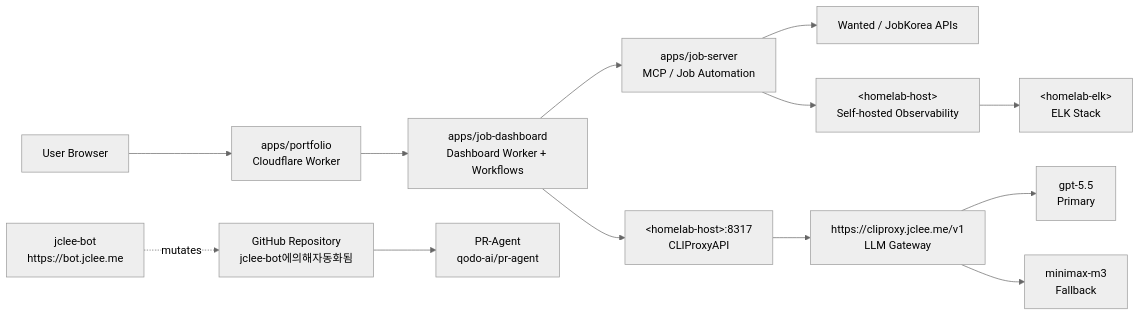
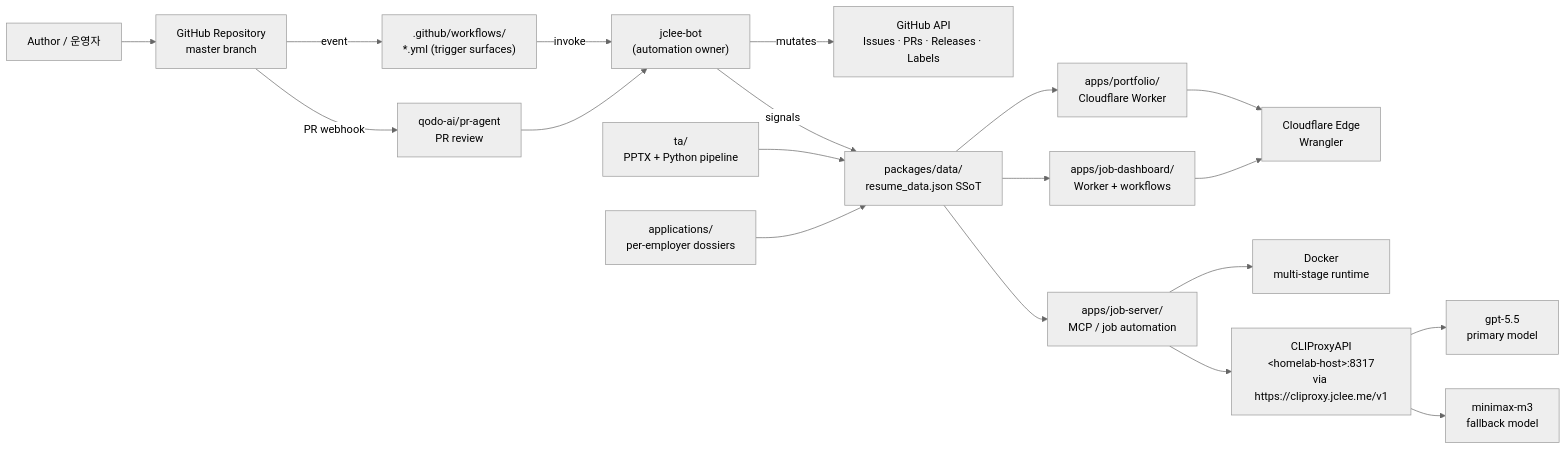
One commit to jclee941/resume changed the diagram in README.md. Above: the diagram before and after it, drawn with Mermaid (neutral theme). The commit also changed other lines of this file, not shown here.

````diff
--- a/README.md
+++ b/README.md
@@ -91,15 +92,21 @@
 ```mermaid
 flowchart LR
-  Browser["User Browser"] --> Edge["apps/portfolio<br/>Cloudflare Worker"]
-  Edge --> Dashboard["apps/job-dashboard<br/>Dashboard Worker + Workflows"]
-  Dashboard --> JobServer["apps/job-server<br/>MCP / Job Automation"]
-  JobServer --> ATS["Wanted / JobKorea APIs"]
-  Dashboard --> CLIProxy["&lt;homelab-host&gt;:8317<br/>CLIProxyAPI"]
-  CLIProxy --> Gateway["https://cliproxy.jclee.me/v1<br/>LLM Gateway"]
-  Gateway --> GPT["gpt-5.5<br/>Primary"]
-  Gateway --> Mini["minimax-m3<br/>Fallback"]
-  JobServer --> Observ["&lt;homelab-host&gt;<br/>Self-hosted Observability"]
-  Observ --> ELK["&lt;homelab-elk&gt;<br/>ELK Stack"]
-  Bot["jclee-bot<br/>https://bot.jclee.me"] -. mutates .-> Repo["GitHub Repository<br/>jclee-bot에의해자동화됨"]
-  Repo --> PR["PR-Agent<br/>qodo-ai/pr-agent"]
+    Author["Author / 운영자"] --> Repo["GitHub Repository<br/>master branch"]
+    Repo -->|event| Triggers[".github/workflows/<br/>*.yml (trigger surfaces)"]
+    Triggers -->|invoke| Bot["jclee-bot<br/>(automation owner)"]
+    Bot -->|mutates| GHApi["GitHub API<br/>Issues · PRs · Releases · Labels"]
+    Bot -->|signals| SSoT["packages/data/<br/>resume_data.json SSoT"]
+    SSoT --> Portfolio["apps/portfolio/<br/>Cloudflare Worker"]
+    SSoT --> Dashboard["apps/job-dashboard/<br/>Worker + workflows"]
+    SSoT --> JobServer["apps/job-server/<br/>MCP / job automation"]
+    Portfolio --> CF["Cloudflare Edge<br/>Wrangler"]
+    Dashboard --> CF
+    JobServer --> Docker["Docker<br/>multi-stage runtime"]
+    JobServer --> CLIP["CLIProxyAPI<br/>&lt;homelab-host&gt;:8317<br/>via https://cliproxy.jclee.me/v1"]
+    CLIP --> Primary["gpt-5.5<br/>primary model"]
+    CLIP --> Fallback["minimax-m3<br/>fallback model"]
+    Repo -->|PR webhook| PRAgent["qodo-ai/pr-agent<br/>PR review"]
+    PRAgent --> Bot
+    TA["ta/<br/>PPTX + Python pipeline"] --> SSoT
+    Apps["applications/<br/>per-employer dossiers"] --> SSoT
 ```
````
